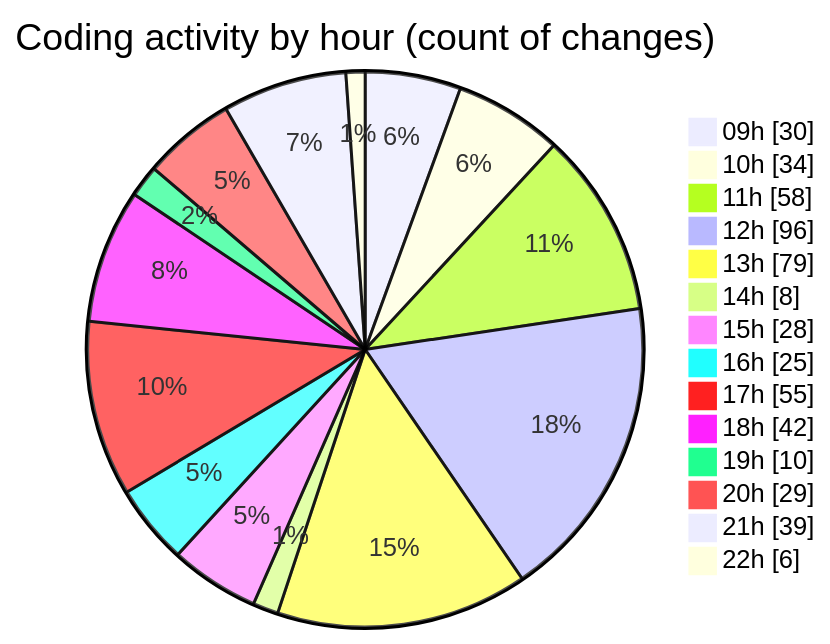
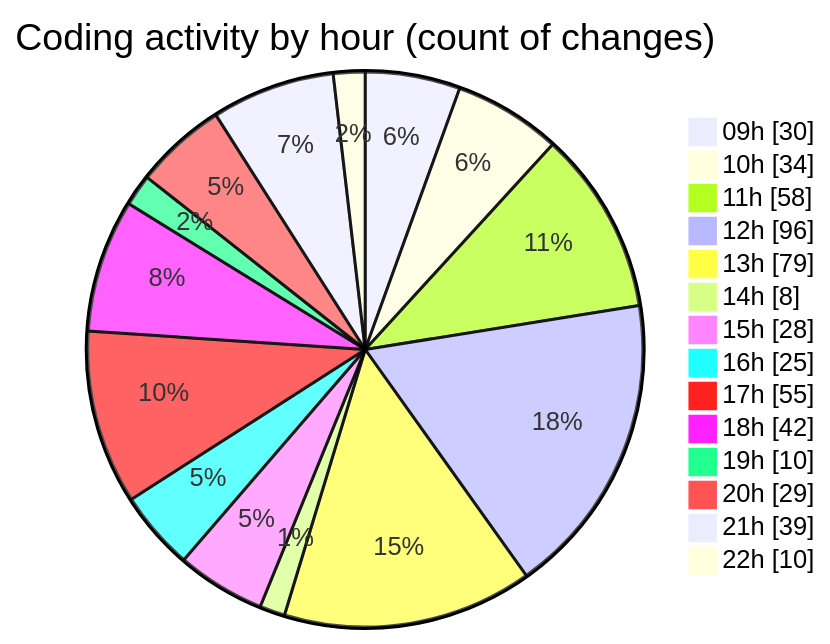
One commit to momahboobian/code-tracking changed the second of 2 diagrams in 2025-04-02/cda/README.md. Above: the diagram before and after it, drawn with Mermaid. The commit also changed other lines of this file and 1 other file, not shown here.

````diff
--- a/2025-04-02/cda/README.md
+++ b/2025-04-02/cda/README.md
@@ -40,18 +40,18 @@
 ```mermaid
 pie showData
 title Coding activity by hour (count of changes)
 "09h" : 30
 "10h" : 34
 "11h" : 58
 "12h" : 96
 "13h" : 79
 "14h" : 8
 "15h" : 28
 "16h" : 25
 "17h" : 55
 "18h" : 42
 "19h" : 10
 "20h" : 29
 "21h" : 39
-"22h" : 6
+"22h" : 10
 ```
````
